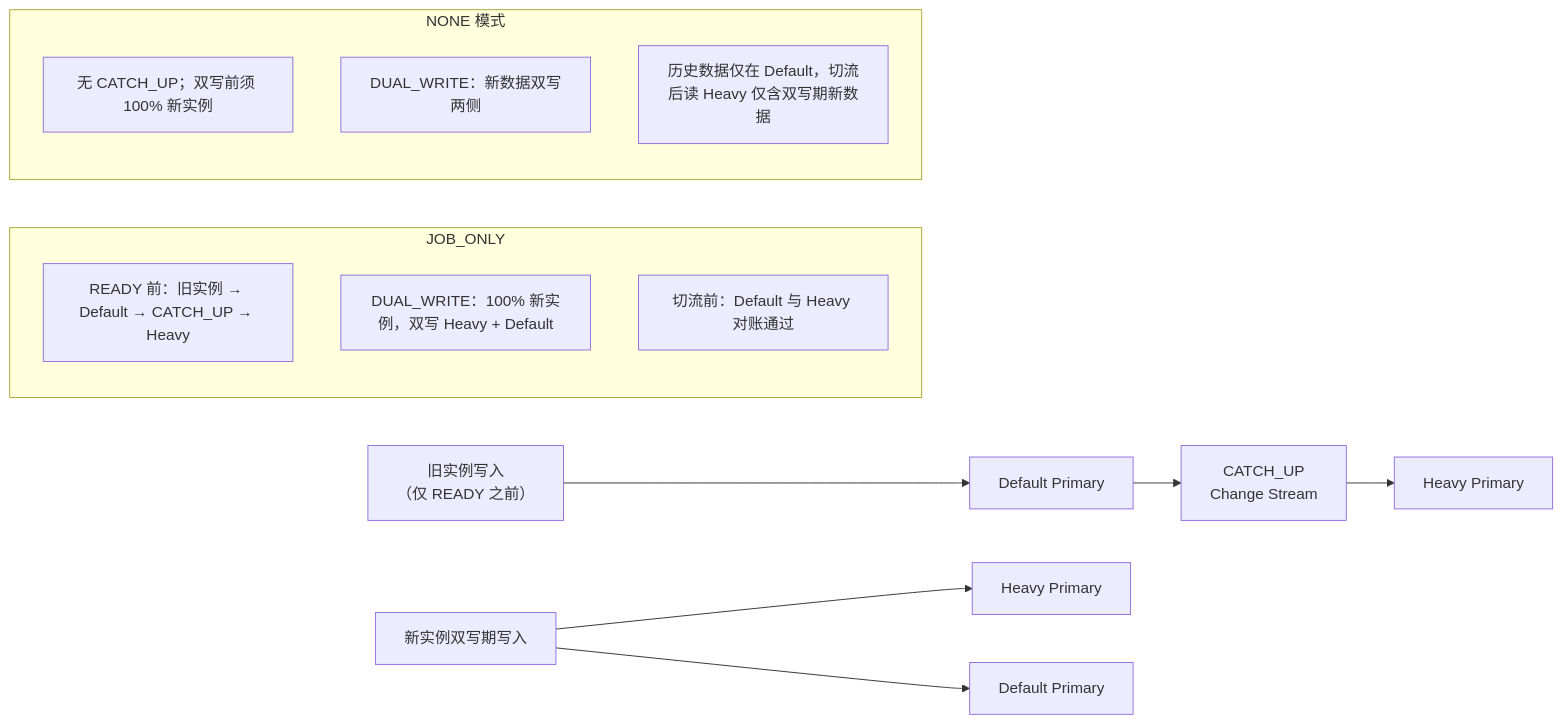
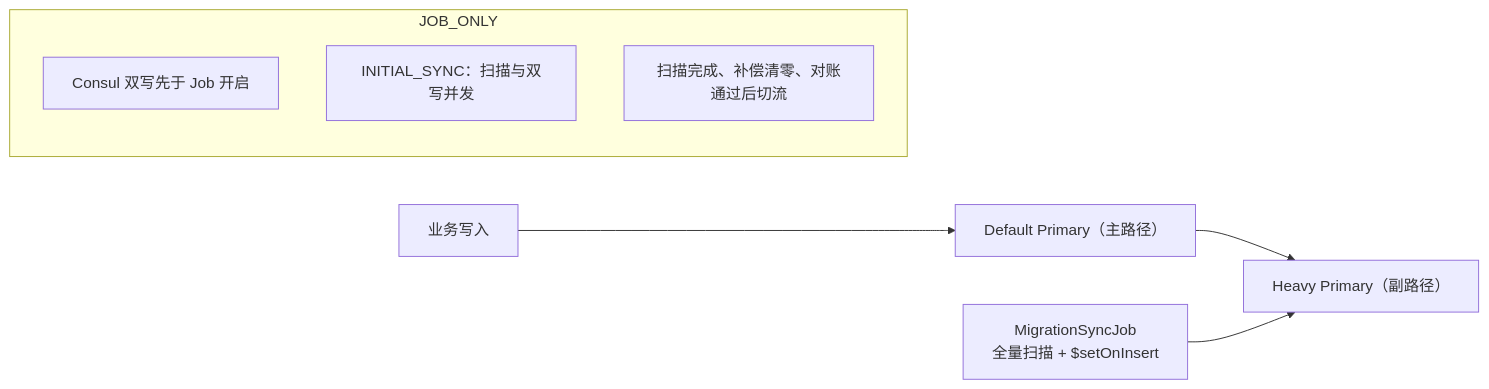
One commit to TencentBlueKing/bk-repo changed diagram 12 of 20 in docs/specification/mongodb-node-sharding-pattern2-node.md. Above: the diagram before and after it, drawn with Mermaid. The commit also changed other lines of this file and 7 other files, not shown here.

````diff
--- a/docs/specification/mongodb-node-sharding-pattern2-node.md
+++ b/docs/specification/mongodb-node-sharding-pattern2-node.md
@@ -1409,23 +1409,13 @@
 ```mermaid
 flowchart LR
-    OLD["旧实例写入\n（仅 READY 之前）"] --> DEFAULT_P["Default Primary"]
-    CATCH_UP["CATCH_UP\nChange Stream"] --> HEAVY_P["Heavy Primary"]
-    DEFAULT_P --> CATCH_UP
-
-    NEW["新实例双写期写入"] --> HEAVY_P2["Heavy Primary"]
-    NEW --> DEFAULT_P2["Default Primary"]
+    WRITE["业务写入"] --> DEFAULT_P["Default Primary（主路径）"]
+    DEFAULT_P --> HEAVY_P["Heavy Primary（副路径）"]
+    SCAN["MigrationSyncJob\n全量扫描 + $setOnInsert"] --> HEAVY_P
 
     subgraph JOB_ONLY
         direction TB
-        G1["READY 前：旧实例 → Default → CATCH_UP → Heavy"]
-        G2["DUAL_WRITE：100% 新实例，双写 Heavy + Default"]
-        G3["切流前：Default 与 Heavy 对账通过"]
-    end
-
-    subgraph NONE 模式
-        direction TB
-        N1["无 CATCH_UP；双写前须 100% 新实例"]
-        N2["DUAL_WRITE：新数据双写两侧"]
-        N3["历史数据仅在 Default，切流后读 Heavy 仅含双写期新数据"]
+        G1["Consul 双写先于 Job 开启"]
+        G2["INITIAL_SYNC：扫描与双写并发"]
+        G3["扫描完成、补偿清零、对账通过后切流"]
     end
 ```
````
